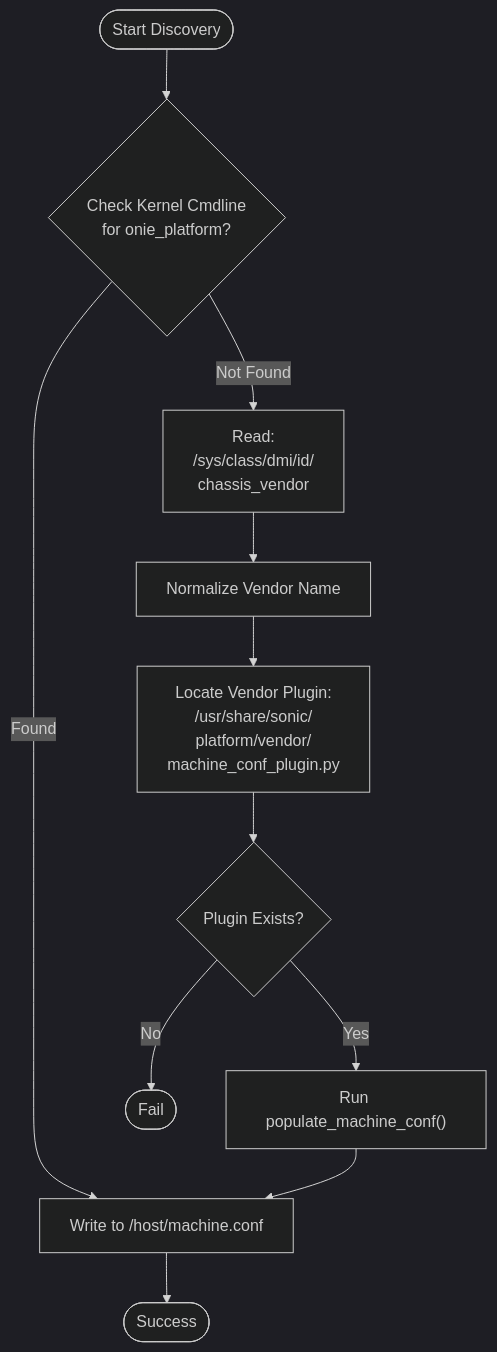
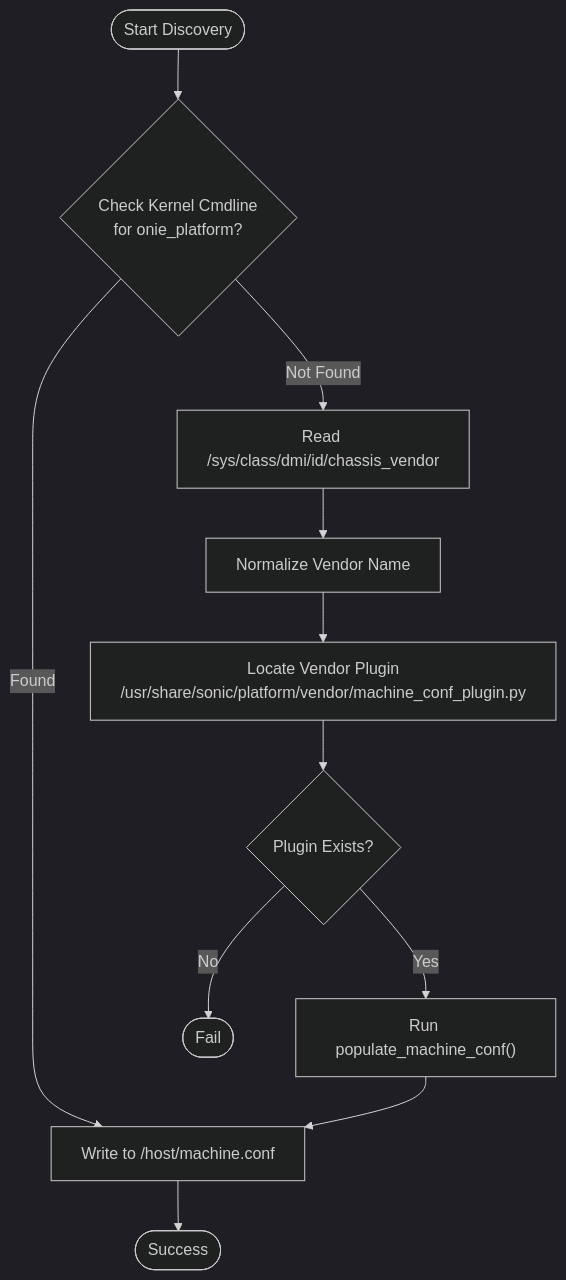
One commit to sonic-net/sonic-buildimage changed the second of 2 diagrams in installer/docs/machine_conf_smbios_hld.md. Above: the diagram before and after it, drawn with Mermaid (dark theme). The commit also changed other lines of this file, not shown here.

Commit message:
docs: update machine_conf_smbios_hld with factory implementation for vendor plugins

````diff
--- a/installer/docs/machine_conf_smbios_hld.md
+++ b/installer/docs/machine_conf_smbios_hld.md
@@ -55,16 +63,16 @@
 ```mermaid
 graph TD
     Start([Start Discovery]) --> CheckCmdline{"Check Kernel Cmdline\nfor onie_platform?"}
     CheckCmdline -- Found --> WriteConf["Write to /host/machine.conf"]
-    CheckCmdline -- Not Found --> ReadVendor["Read:<br/>/sys/class/dmi/id/<br/>chassis_vendor"]
+    CheckCmdline -- Not Found --> ReadVendor["Read /sys/class/dmi/id/chassis_vendor"]
     
     ReadVendor --> Normalize[Normalize Vendor Name]
-    Normalize --> LocatePlugin["Locate Vendor Plugin:<br/>/usr/share/sonic/<br/>platform/vendor/<br/>machine_conf_plugin.py"]
+    Normalize --> LocatePlugin["Locate Vendor Plugin\n/usr/share/sonic/platform/vendor/machine_conf_plugin.py"]
     LocatePlugin --> CheckPlugin{"Plugin Exists?"}
     
     CheckPlugin -- Yes --> RunPlugin["Run populate_machine_conf()"]
     RunPlugin --> WriteConf
     WriteConf --> EndSuccess([Success])
     
     CheckPlugin -- No --> EndFail([Fail])
 ```
````
